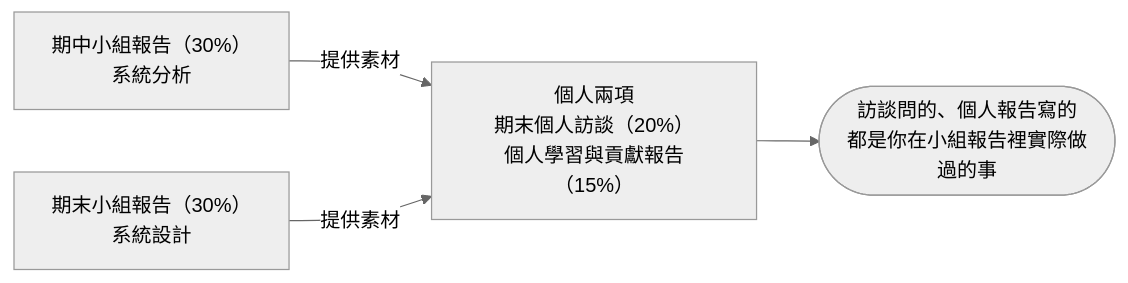
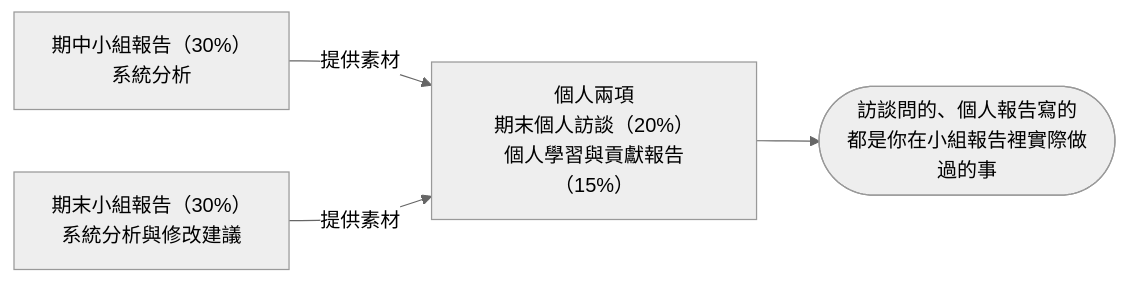
One commit to billy1125/system-analysis-and-design changed the diagram in 00-Course-Introduction/Report-Rules.md. Above: the diagram before and after it, drawn with Mermaid (neutral theme). The commit also changed other lines of this file and 11 other files, not shown here.

````diff
--- a/00-Course-Introduction/Report-Rules.md
+++ b/00-Course-Introduction/Report-Rules.md
@@ -35,6 +35,6 @@
 ```mermaid
 flowchart LR
     M["期中小組報告（30%）<br/>系統分析"] -->|提供素材| G["個人兩項<br/>期末個人訪談（20%）<br/>個人學習與貢獻報告（15%）"]
-    F["期末小組報告（30%）<br/>系統設計"] -->|提供素材| G
+    F["期末小組報告（30%）<br/>系統分析與修改建議"] -->|提供素材| G
     G --> R(["訪談問的、個人報告寫的<br/>都是你在小組報告裡實際做過的事"])
 ```
````
